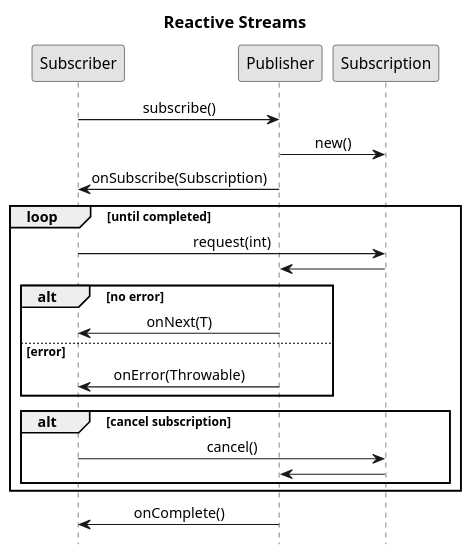
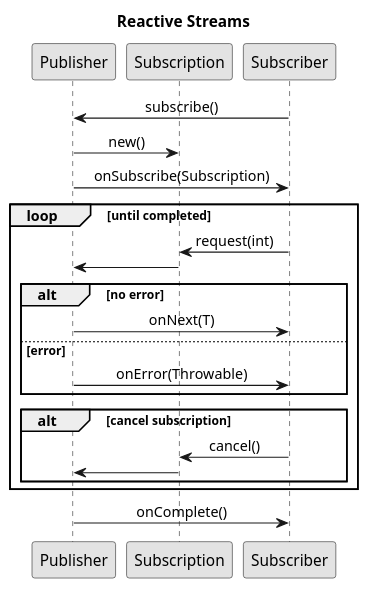
One commit to ti-cortex-m4/demo-java-reactive-streams-old changed the diagram in images/diagram1.puml. Above: the diagram before and after it, drawn with PlantUML.

```diff
--- a/images/diagram1.puml
+++ b/images/diagram1.puml
@@ -1,45 +1,49 @@
 @startuml
 
 scale 1.1
 title Reactive Streams
-hide footbox
+'hide footbox
 skinparam monochrome true
-skinparam defaultFontName Source Sans Pro
-skinparam titleFontSize 15
+'skinparam defaultFontName Source Sans Pro
+'skinparam titleFontSize 15
 skinparam sequenceMessageAlign center
 
 'skinparam sequence {
 'ArrowColor black
 'ActorBorderColor black
 'LifeLineBorderColor black
 'LifeLineBackgroundColor black
 '
 'ParticipantBorderColor black
 'ParticipantBackgroundColor white
 'ParticipantFontColor black
 '}
+
+participant Publisher
+participant Subscription
+participant Subscriber
 
 Subscriber -> Publisher : subscribe()
 Publisher -> Subscription : new()
 Publisher -> Subscriber : onSubscribe(Subscription)
 
 loop until completed
 Subscriber -> Subscription : request(int)
 Subscription -> Publisher
 
 alt no error
 Publisher -> Subscriber : onNext(T)
 else error
 Publisher -> Subscriber : onError(Throwable)
 end
 
 alt cancel subscription
 Subscriber -> Subscription : cancel()
 Subscription -> Publisher
 end
 
 end
 
 Publisher -> Subscriber : onComplete()
 
 @enduml
```
